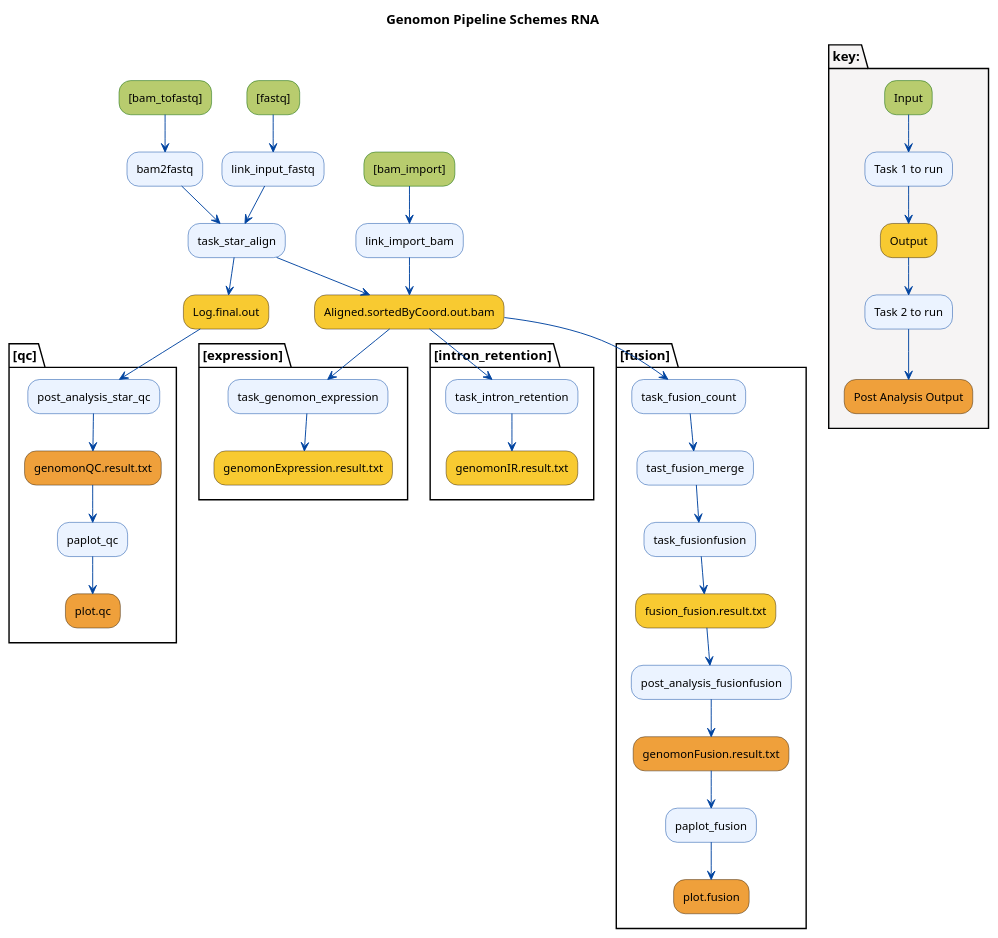
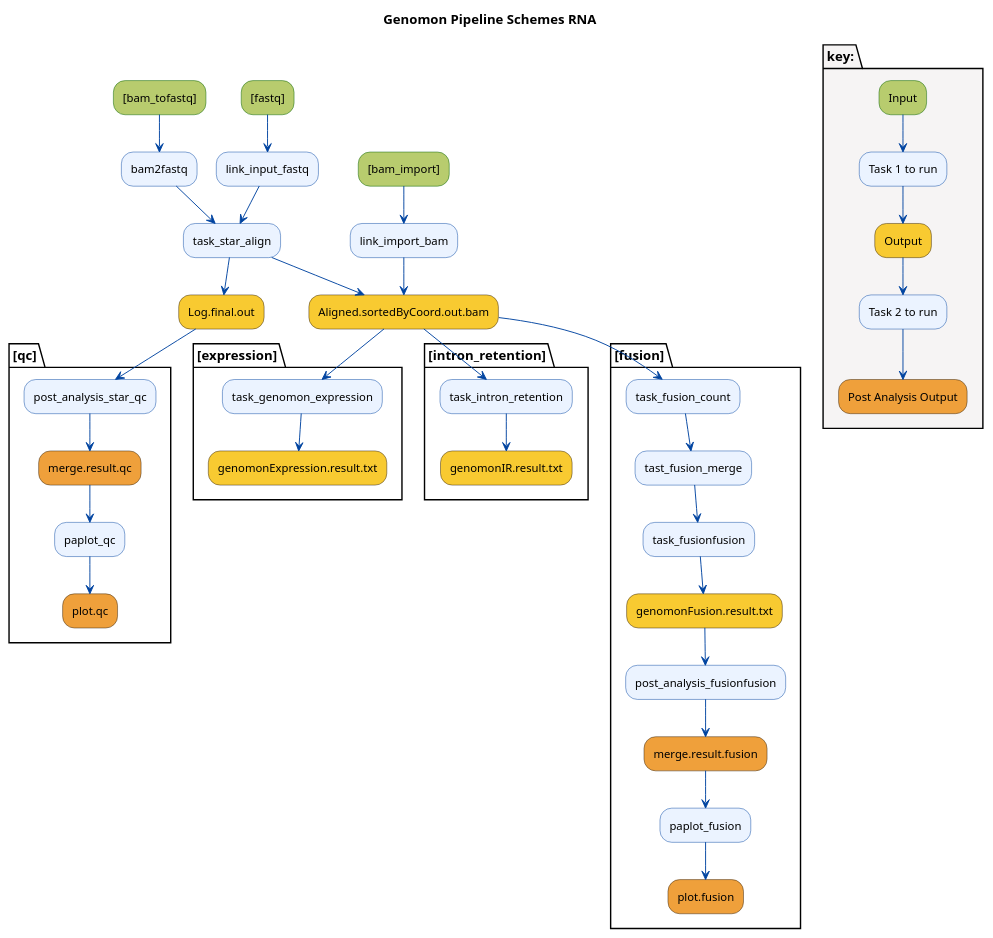
The diagram in dot/genomon_rna.plantuml (Genomon-Project/genomon-docs), drawn with PlantUML before and after one commit.

```diff
--- a/dot/genomon_rna.plantuml
+++ b/dot/genomon_rna.plantuml
@@ -1,73 +1,73 @@
 @startuml
 title Genomon Pipeline Schemes RNA
 skinparam Shadowing false
 
 skinparam activity {
   ArrowColor #0044A0
   BackgroundColor #EBF3FF
   BackgroundColor<<input>> #B8CC6E
   BackgroundColor<<output>> #F8CA31
   BackgroundColor<<result>> #EFA03B
   
   BorderColor #0044A0
   BorderColor<<input>> #006000
   BorderColor<<output>> #33220D
   BorderColor<<result>> #33220D
   
 '  FontName helvetica
 '  FontSize 12
 }
 
 "[bam_tofastq]"<<input>> --> bam2fastq
 "[fastq]"<<input>> --> link_input_fastq
 "[bam_import]"<<input>> --> link_import_bam
 
 bam2fastq --> task_star_align
 link_input_fastq --> task_star_align
 
 task_star_align --> "Aligned.sortedByCoord.out.bam"<<output>>
 task_star_align --> "Log.final.out"<<output>>
 link_import_bam --> "Aligned.sortedByCoord.out.bam"<<output>>
 
 partition "[fusion]" {
   "Aligned.sortedByCoord.out.bam" --> task_fusion_count
   --> tast_fusion_merge
   --> task_fusionfusion
-  --> "fusion_fusion.result.txt"<<output>>
+  --> "genomonFusion.result.txt"<<output>>
   --> post_analysis_fusionfusion
-  --> "genomonFusion.result.txt"<<result>>
+  --> "merge.result.fusion"<<result>>
   --> paplot_fusion
   --> "plot.fusion"<<result>>
 }
 
 partition "[expression]" {
   "Aligned.sortedByCoord.out.bam" --> task_genomon_expression
   --> "genomonExpression.result.txt"<<output>>
 }
 
 partition "[intron_retention]" {
   "Aligned.sortedByCoord.out.bam" --> task_intron_retention
   --> "genomonIR.result.txt"<<output>>
 }
 
 partition "[qc]" {
   "Log.final.out" --> post_analysis_star_qc
-  --> "genomonQC.result.txt"<<result>>
+  --> "merge.result.qc"<<result>>
   --> paplot_qc
   --> "plot.qc"<<result>>
 }
 
 partition "key:" #F6F4F4 {
   Input<<input>> --> "Task 1 to run"
   --> Output<<output>>
   --> "Task 2 to run"
   --> "Post Analysis Output"<<result>>
 }
 
 /'
 (1) 編集したら、Ctrl+A -> Ctrl+C したのち、このページに張り付けましょう
   http://www.plantuml.com/plantuml/
 
 (2) [Submit] ボタンを押して、できた画像を保存します
 '/
 @enduml
```
